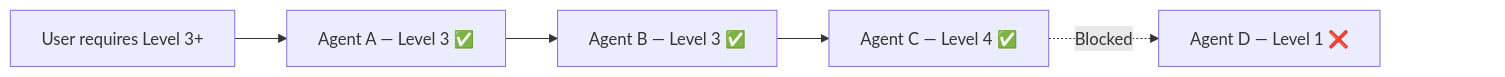
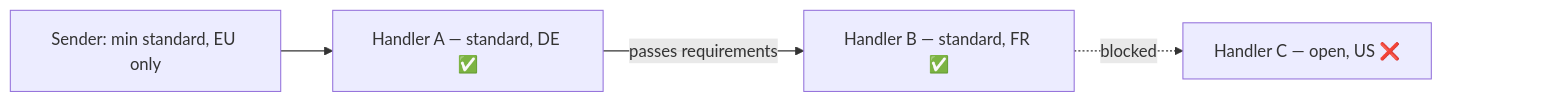
One commit to StevenJohnson998/agent-data-handling-policy changed the third of 3 diagrams in README.md. Above: the diagram before and after it, drawn with Mermaid. The commit also changed other lines of this file and 5 other files, not shown here.

````diff
--- a/README.md
+++ b/README.md
@@ -113,9 +118,8 @@
 ```mermaid
 flowchart LR
-    U[User requires Level 3+] --> A[Agent A — Level 3 ✅]
-    A --> B[Agent B — Level 3 ✅]
-    B --> C[Agent C — Level 4 ✅]
-    C -.->|Blocked| D[Agent D — Level 1 ❌]
-    D ~~~ S[ ]
+    U[Sender: min standard, EU only] --> A[Handler A — standard, DE ✅]
+    A -->|passes requirements| B[Handler B — standard, FR ✅]
+    B -.->|blocked| C[Handler C — open, US ❌]
+    C ~~~ S[ ]
     style S fill:none,stroke:none
 ```
````
